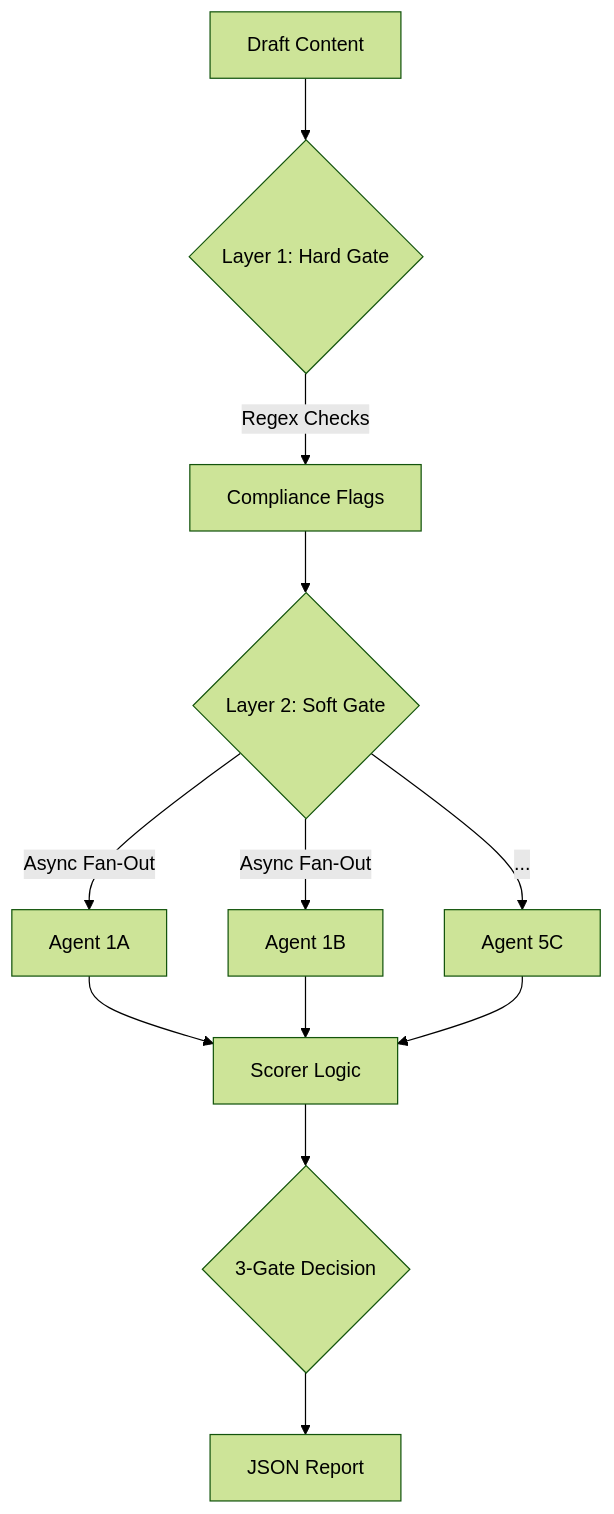
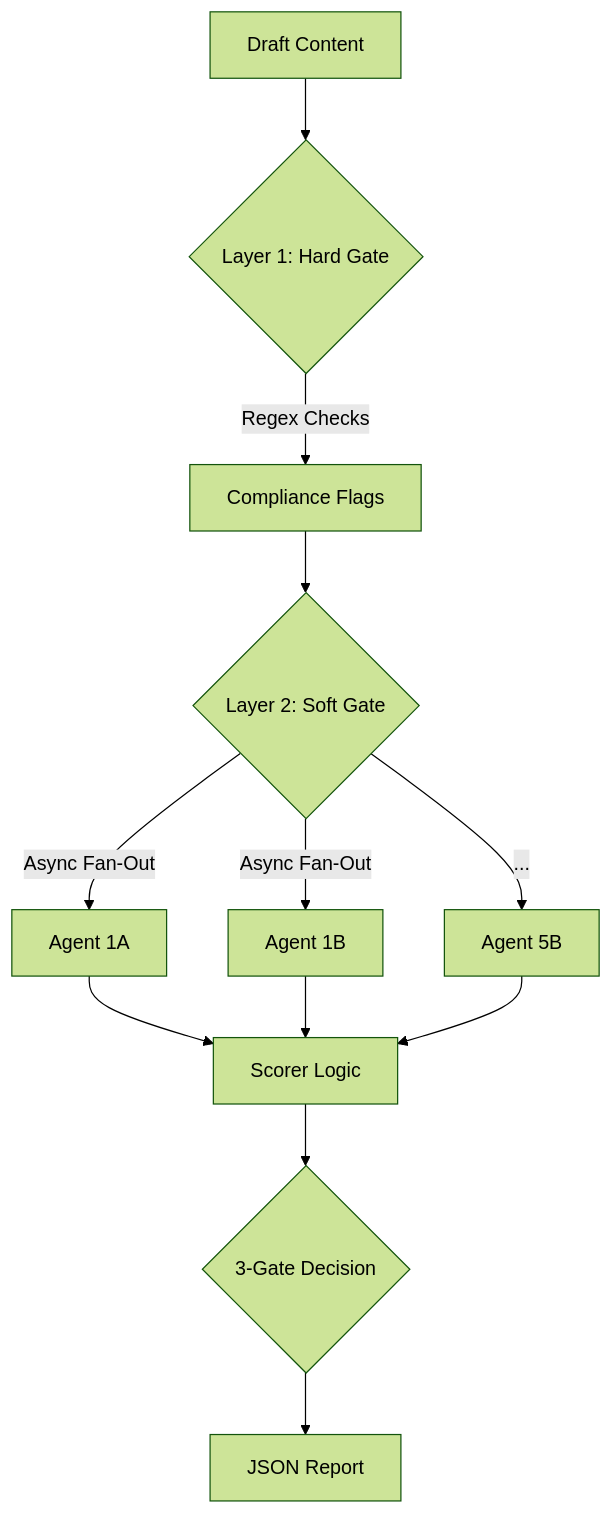
The diagram in docs/design-specification.md (ronbronstein/scoring-system), drawn with Mermaid (forest theme) before and after one commit. The commit also changed other lines of this file and 11 other files, not shown here.

````diff
--- a/docs/design-specification.md
+++ b/docs/design-specification.md
@@ -55,15 +55,15 @@
 ```mermaid
 graph TD
     Input[Draft Content] --> Layer1{Layer 1: Hard Gate};
     Layer1 -- Regex Checks --> L1_Flags[Compliance Flags];
     L1_Flags --> Layer2;
     
     Layer2{Layer 2: Soft Gate};
     Layer2 -- Async Fan-Out --> Agent1[Agent 1A];
     Layer2 -- Async Fan-Out --> Agent2[Agent 1B];
-    Layer2 -- ... --> Agent18[Agent 5C];
-    
-    Agent1 & Agent2 & Agent18 --> Aggregator[Scorer Logic];
+    Layer2 -- ... --> Agent16[Agent 5B];
+
+    Agent1 & Agent2 & Agent16 --> Aggregator[Scorer Logic];
     Aggregator --> Decision{3-Gate Decision};
     Decision --> Output[JSON Report];
 ```
````
